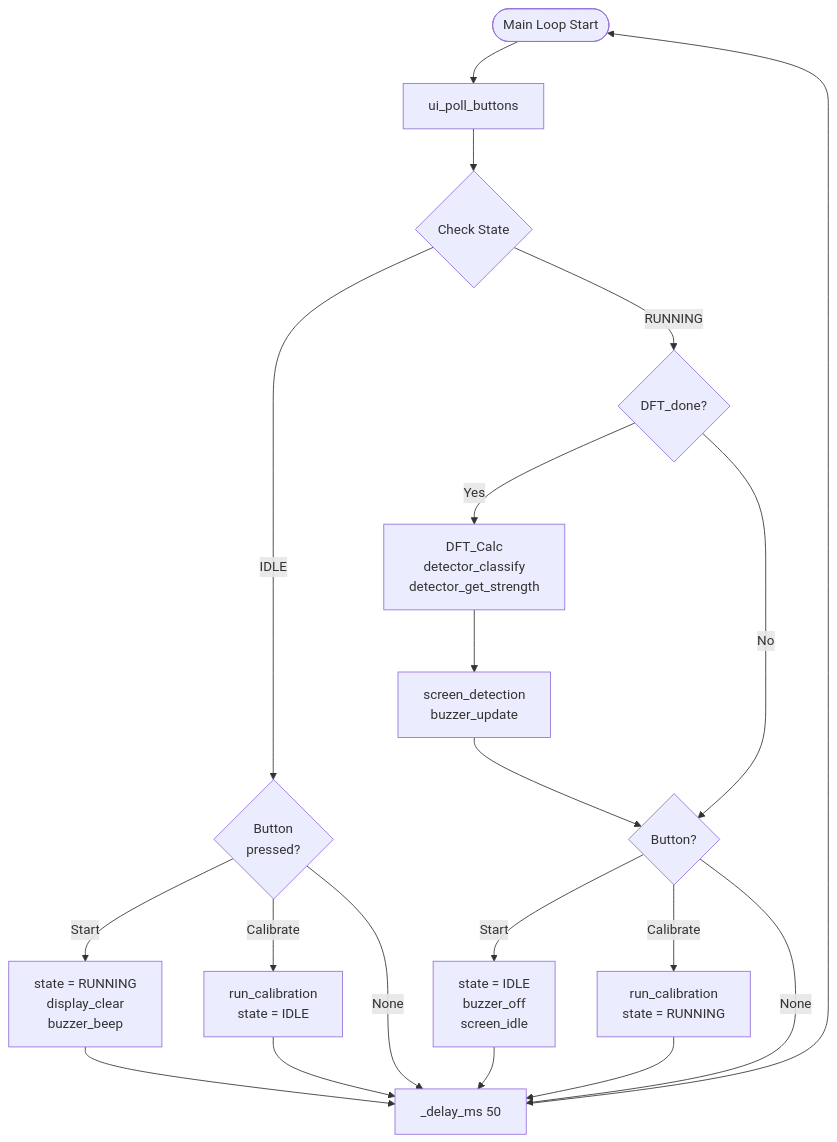
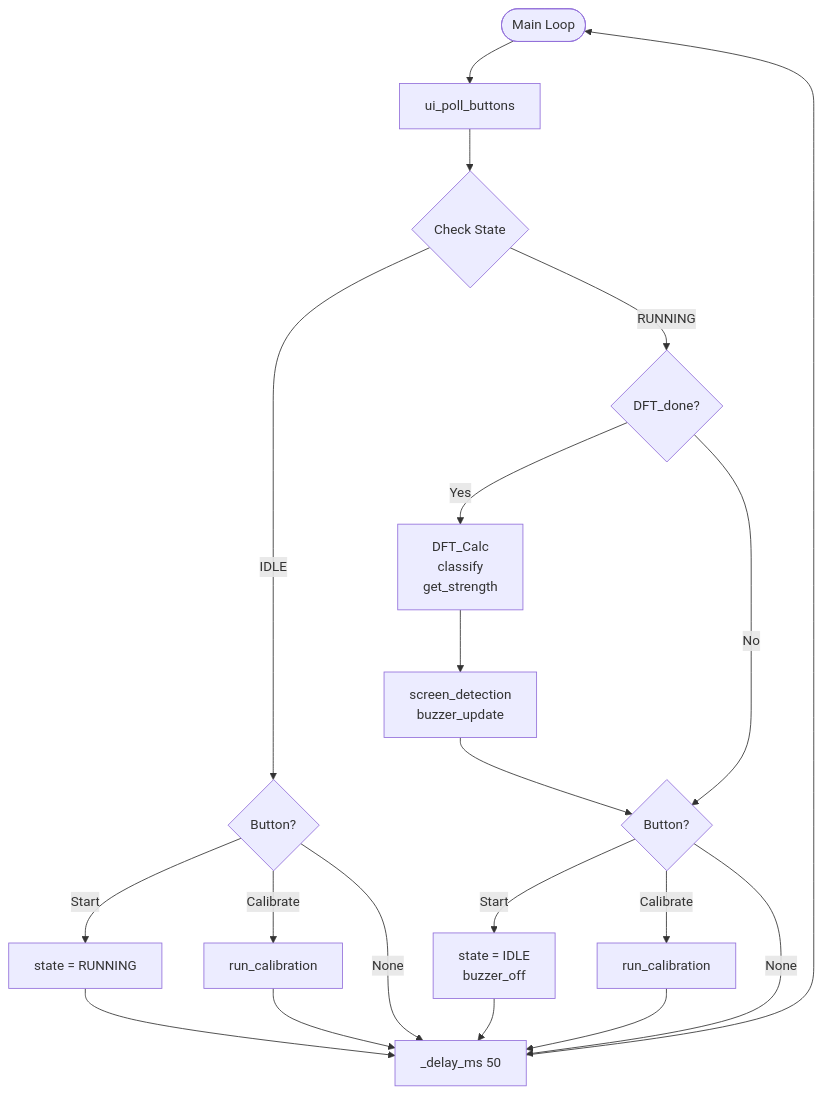
One commit to MadsRudolph/34621-Metal-Detector changed the eighth of 9 diagrams in Code_Review.md. Above: the diagram before and after it, drawn with Mermaid. The commit also changed other lines of this file and 17 other files, not shown here.

````diff
--- a/Code_Review.md
+++ b/Code_Review.md
@@ -1146,26 +637,26 @@
 ```mermaid
 flowchart TD
-    START([Main Loop Start]) --> POLL[ui_poll_buttons]
+    START([Main Loop]) --> POLL[ui_poll_buttons]
     POLL --> SWITCH{Check State}
 
-    SWITCH -->|IDLE| IDLE_CHECK{Button<br>pressed?}
-    IDLE_CHECK -->|Start| TO_RUN[state = RUNNING<br>display_clear<br>buzzer_beep]
-    IDLE_CHECK -->|Calibrate| CAL1[run_calibration<br>state = IDLE]
+    SWITCH -->|IDLE| IDLE_CHECK{Button?}
+    IDLE_CHECK -->|Start| TO_RUN[state = RUNNING]
+    IDLE_CHECK -->|Calibrate| CAL1[run_calibration]
     IDLE_CHECK -->|None| DELAY
 
     SWITCH -->|RUNNING| DFT_CHECK{DFT_done?}
-    DFT_CHECK -->|Yes| PROCESS[DFT_Calc<br>detector_classify<br>detector_get_strength]
+    DFT_CHECK -->|Yes| PROCESS[DFT_Calc<br>classify<br>get_strength]
     PROCESS --> UPDATE[screen_detection<br>buzzer_update]
     UPDATE --> RUN_BTN{Button?}
     DFT_CHECK -->|No| RUN_BTN
-    RUN_BTN -->|Start| TO_IDLE[state = IDLE<br>buzzer_off<br>screen_idle]
-    RUN_BTN -->|Calibrate| CAL2[run_calibration<br>state = RUNNING]
+    RUN_BTN -->|Start| TO_IDLE[state = IDLE<br>buzzer_off]
+    RUN_BTN -->|Calibrate| CAL2[run_calibration]
     RUN_BTN -->|None| DELAY
 
     TO_RUN --> DELAY
     CAL1 --> DELAY
     TO_IDLE --> DELAY
     CAL2 --> DELAY
 
     DELAY[_delay_ms 50] --> START
 ```
````
